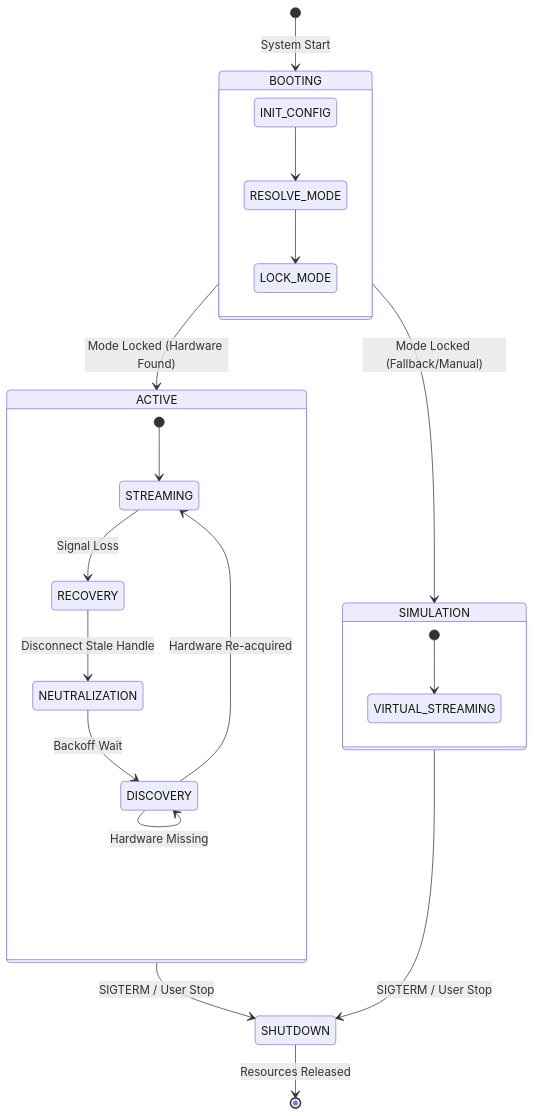
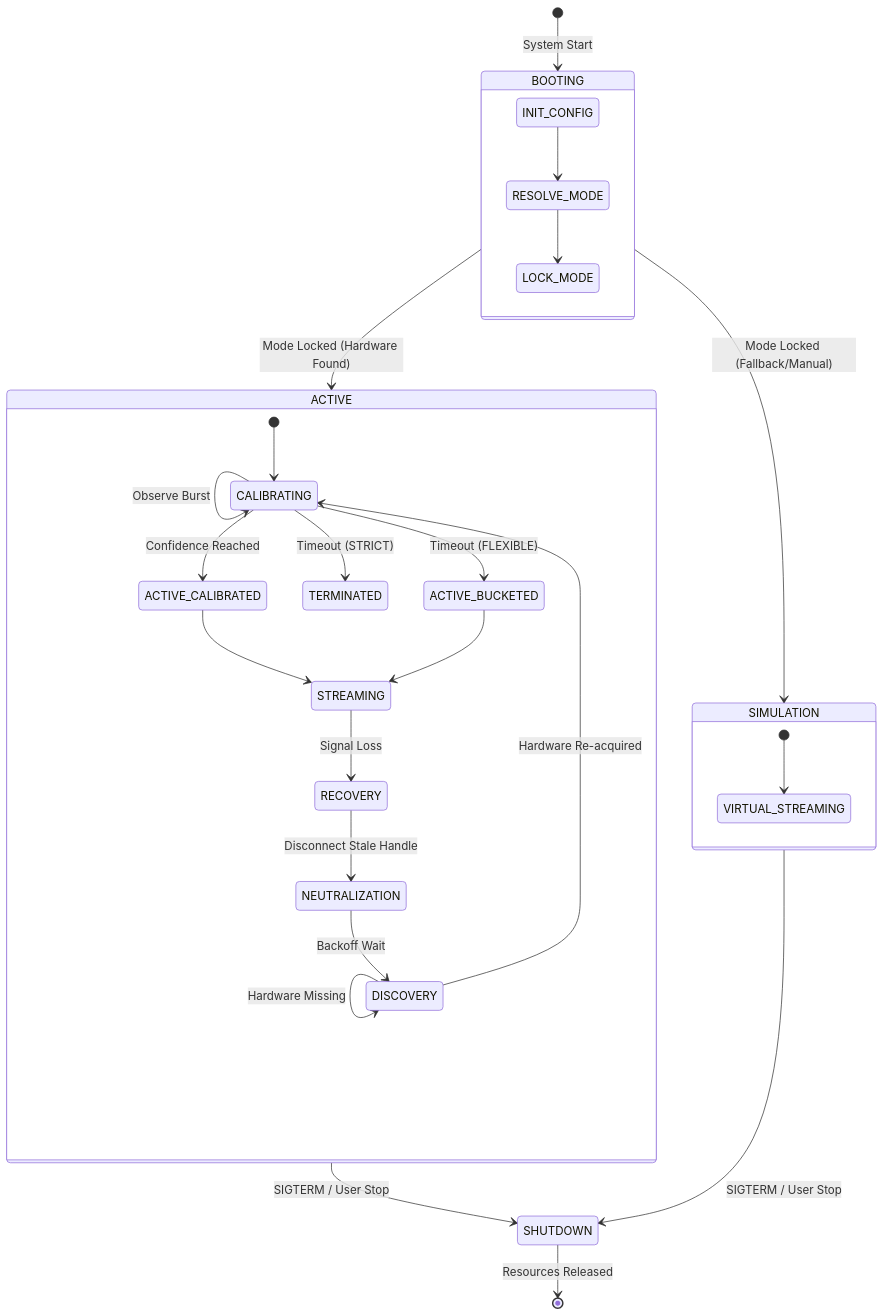
The third of 4 diagrams in docs/architecture/ARCHITECTURE.md (N8QQQ/qtr-qth), drawn with Mermaid before and after one commit. The commit also changed 2 other files, not shown here.

Commit message:
docs(phase-9): finalize phase-locked logic blueprint and re-indexed roadmap

````diff
--- a/docs/architecture/ARCHITECTURE.md
+++ b/docs/architecture/ARCHITECTURE.md
@@ -116,30 +116,38 @@
 ```mermaid
 stateDiagram-v2
     [*] --> BOOTING : System Start
     
     state BOOTING {
         direction TB
         INIT_CONFIG --> RESOLVE_MODE
         RESOLVE_MODE --> LOCK_MODE
     }
     
     BOOTING --> ACTIVE : Mode Locked (Hardware Found)
     BOOTING --> SIMULATION : Mode Locked (Fallback/Manual)
     
     state ACTIVE {
-        [*] --> STREAMING
+        [*] --> CALIBRATING
+        CALIBRATING --> CALIBRATING : Observe Burst
+        CALIBRATING --> ACTIVE_CALIBRATED : Confidence Reached
+        CALIBRATING --> ACTIVE_BUCKETED : Timeout (FLEXIBLE)
+        CALIBRATING --> TERMINATED : Timeout (STRICT)
+        
+        ACTIVE_CALIBRATED --> STREAMING
+        ACTIVE_BUCKETED --> STREAMING
+        
         STREAMING --> RECOVERY : Signal Loss
         RECOVERY --> NEUTRALIZATION : Disconnect Stale Handle
         NEUTRALIZATION --> DISCOVERY : Backoff Wait
-        DISCOVERY --> STREAMING : Hardware Re-acquired
+        DISCOVERY --> CALIBRATING : Hardware Re-acquired
         DISCOVERY --> DISCOVERY : Hardware Missing
     }
 
     state SIMULATION {
         [*] --> VIRTUAL_STREAMING
     }
     
     ACTIVE --> SHUTDOWN : SIGTERM / User Stop
     SIMULATION --> SHUTDOWN : SIGTERM / User Stop
     SHUTDOWN --> [*] : Resources Released
 ```
````
